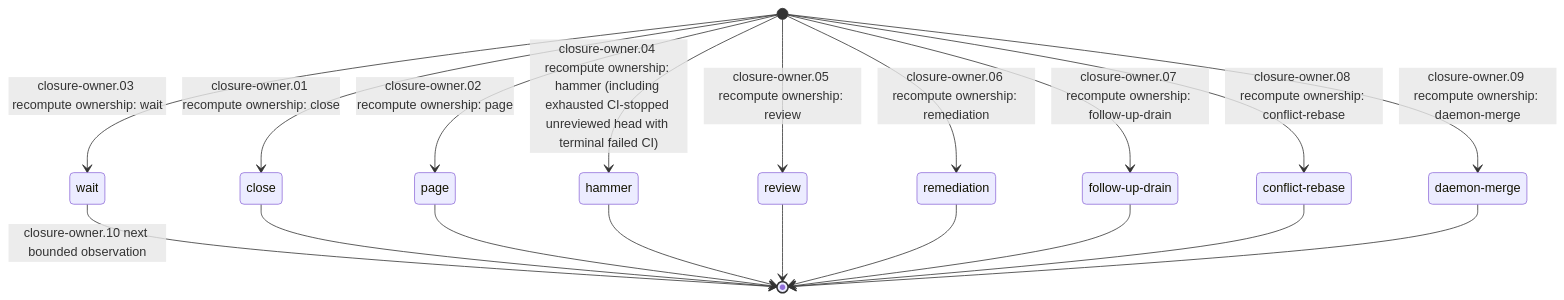
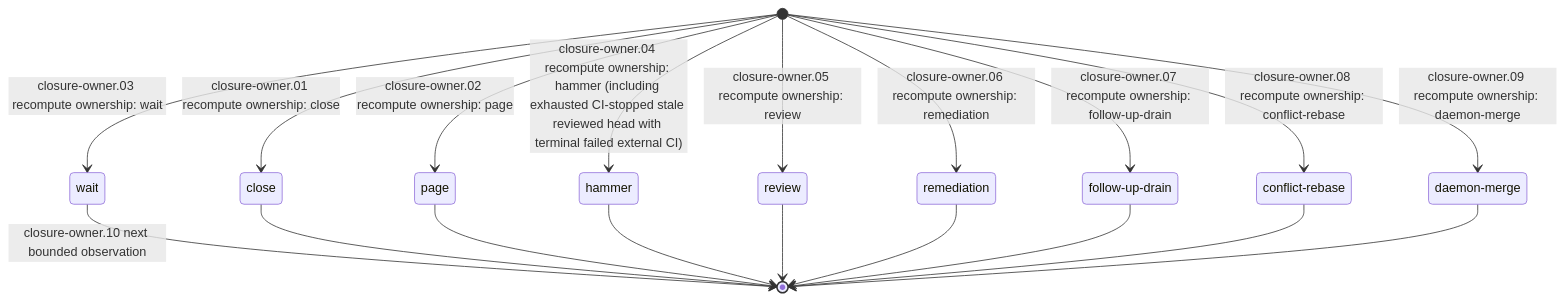
Before and after one commit to laceyenterprises/adversarial-review: the fifth of 6 diagrams in README.md, drawn with Mermaid. The commit also changed other lines of this file and 11 other files, not shown here.

````diff
--- a/README.md
+++ b/README.md
@@ -1139,30 +1143,30 @@
 ```mermaid
 stateDiagram-v2
     state "close" as s0
     state "page" as s1
     state "wait" as s2
     state "hammer" as s3
     state "review" as s4
     state "remediation" as s5
     state "follow-up-drain" as s6
     state "conflict-rebase" as s7
     state "daemon-merge" as s8
     [*] --> s0: closure-owner.01 recompute ownership: close
     [*] --> s1: closure-owner.02 recompute ownership: page
     [*] --> s2: closure-owner.03 recompute ownership: wait
-    [*] --> s3: closure-owner.04 recompute ownership: hammer (including exhausted CI-stopped unreviewed head with terminal failed CI)
+    [*] --> s3: closure-owner.04 recompute ownership: hammer (including exhausted CI-stopped stale reviewed head with terminal failed external CI)
     [*] --> s4: closure-owner.05 recompute ownership: review
     [*] --> s5: closure-owner.06 recompute ownership: remediation
     [*] --> s6: closure-owner.07 recompute ownership: follow-up-drain
     [*] --> s7: closure-owner.08 recompute ownership: conflict-rebase
     [*] --> s8: closure-owner.09 recompute ownership: daemon-merge
     s2 --> [*]: closure-owner.10 next bounded observation
     s0 --> [*]
     s1 --> [*]
     s3 --> [*]
     s4 --> [*]
     s5 --> [*]
     s6 --> [*]
     s7 --> [*]
     s8 --> [*]
 ```
````
